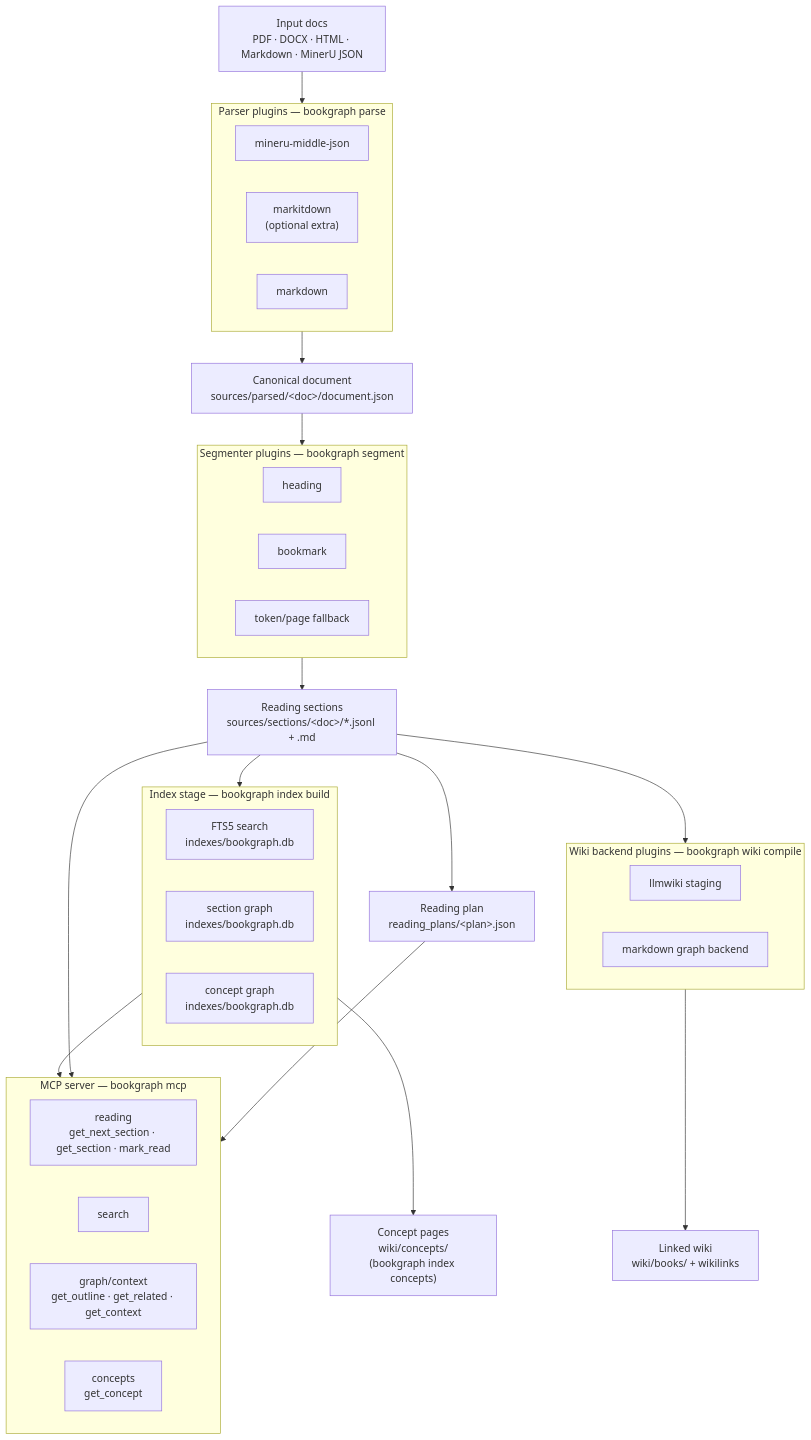
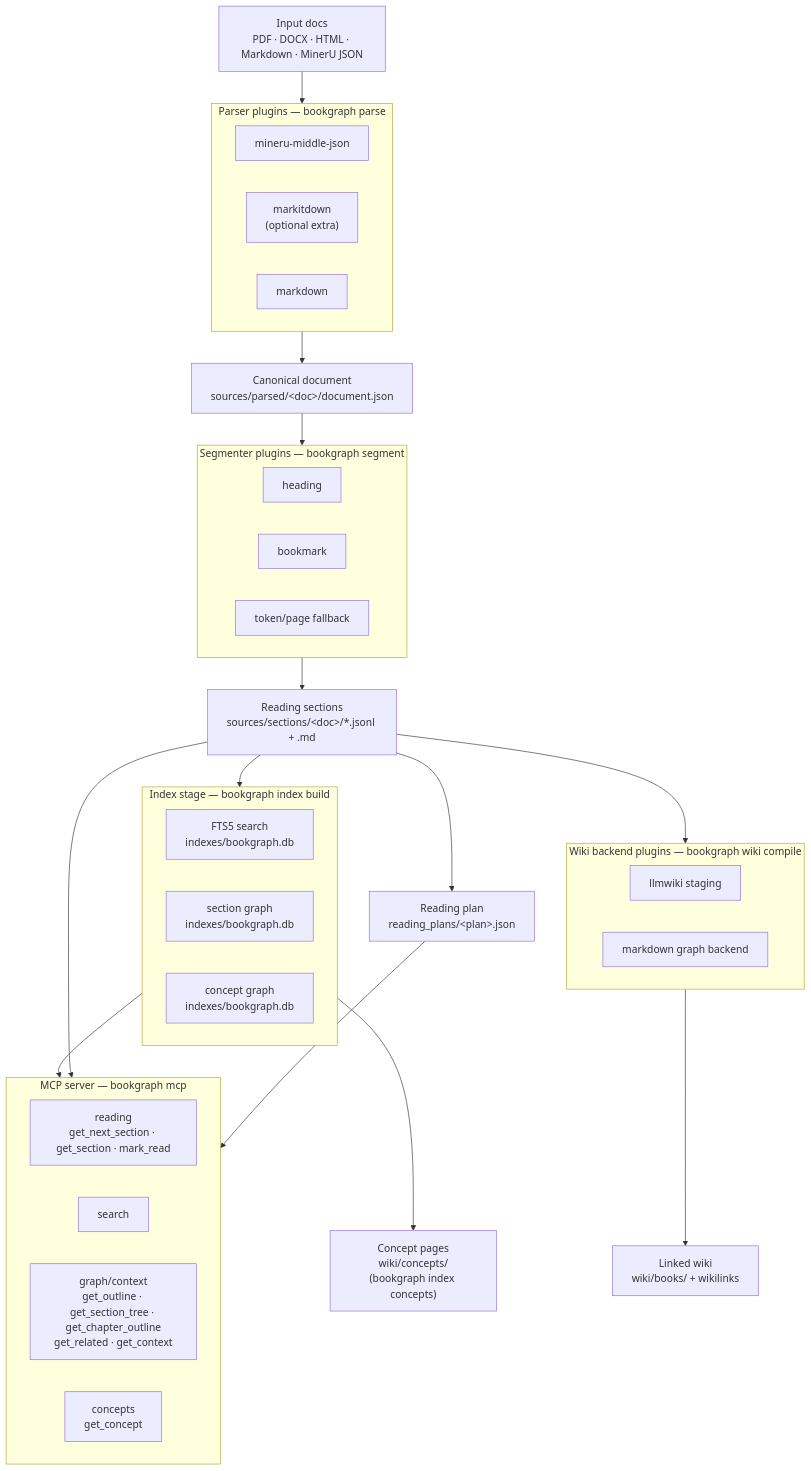
The diagram in README.md (chimeyrock999/bookgraph), drawn with Mermaid before and after one commit. The commit also changed 10 other files, not shown here.

First line of the commit message:
feat: scoped outline API to avoid huge get_outline responses (#39)

````diff
--- a/README.md
+++ b/README.md
@@ -140,58 +140,58 @@
 ```mermaid
 flowchart TD
     docs["Input docs<br/>PDF · DOCX · HTML · Markdown · MinerU JSON"]
 
     docs --> P
 
     subgraph P["Parser plugins — bookgraph parse"]
         direction LR
         P1["mineru-middle-json"]
         P2["markitdown<br/>(optional extra)"]
         P3["markdown"]
     end
 
     P --> DOC["Canonical document<br/>sources/parsed/&lt;doc&gt;/document.json"]
     DOC --> S
 
     subgraph S["Segmenter plugins — bookgraph segment"]
         direction LR
         S1["heading"]
         S2["bookmark"]
         S3["token/page fallback"]
     end
 
     S --> SEC["Reading sections<br/>sources/sections/&lt;doc&gt;/*.jsonl + .md"]
 
     SEC --> IDX
     SEC --> RP["Reading plan<br/>reading_plans/&lt;plan&gt;.json"]
     SEC --> W
 
     subgraph IDX["Index stage — bookgraph index build"]
         direction LR
         IDX1["FTS5 search<br/>indexes/bookgraph.db"]
         IDX2["section graph<br/>indexes/bookgraph.db"]
         IDX3["concept graph<br/>indexes/bookgraph.db"]
     end
 
     subgraph W["Wiki backend plugins — bookgraph wiki compile"]
         direction LR
         W1["llmwiki staging"]
         W2["markdown graph backend"]
     end
 
     W --> WIKI["Linked wiki<br/>wiki/books/ + wikilinks"]
     IDX --> WIKIC["Concept pages<br/>wiki/concepts/<br/>(bookgraph index concepts)"]
 
     IDX --> MCP
     SEC --> MCP
     RP --> MCP
 
     subgraph MCP["MCP server — bookgraph mcp"]
         direction LR
         MCP1["reading<br/>get_next_section · get_section · mark_read"]
         MCP2["search"]
-        MCP3["graph/context<br/>get_outline · get_related · get_context"]
+        MCP3["graph/context<br/>get_outline · get_section_tree · get_chapter_outline<br/>get_related · get_context"]
         MCP4["concepts<br/>get_concept"]
     end
 
 ```
````
